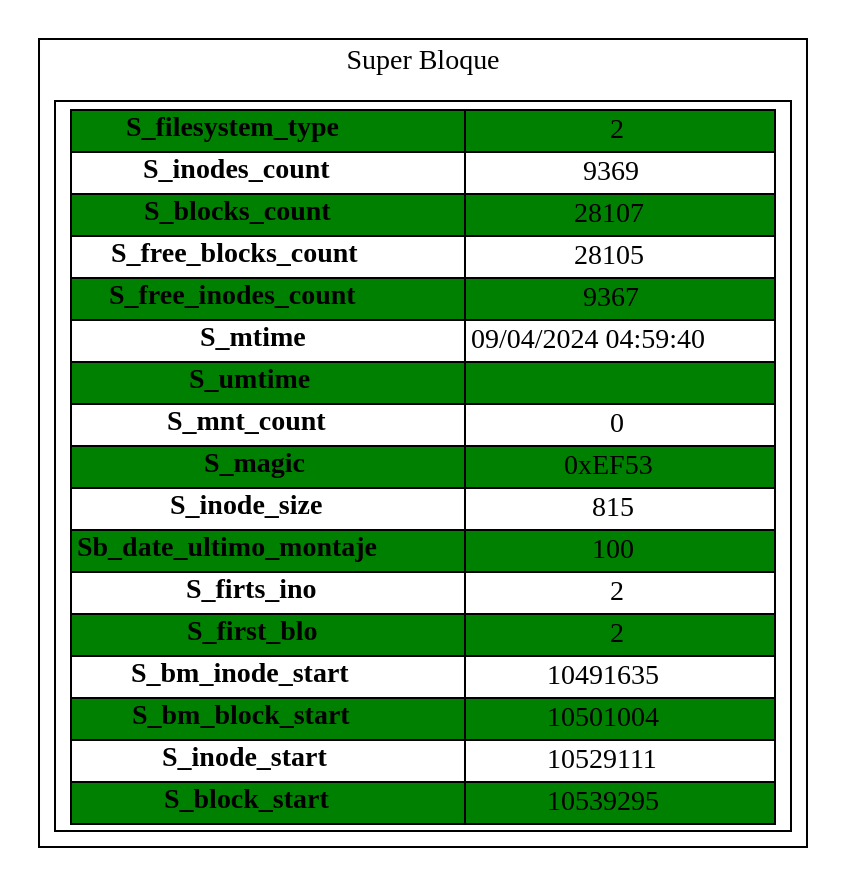
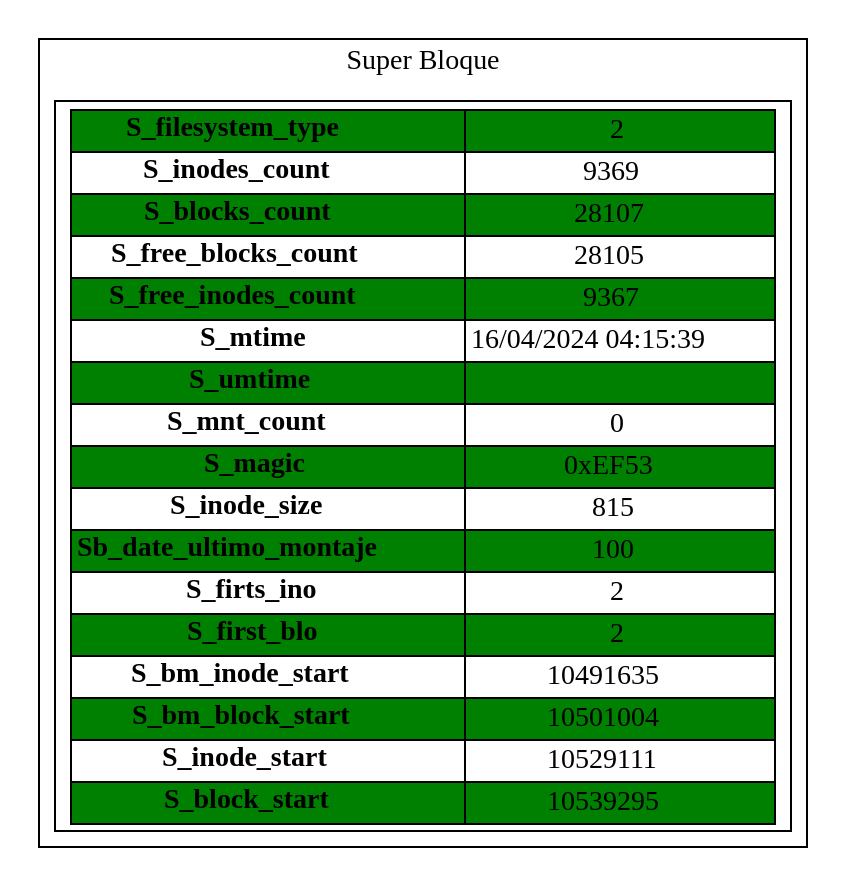
The diagram in Backend/Super.dot (NatalyDuarte/MIA_P2_202001570), drawn with Graphviz before and after one commit. The commit also changed 39 other files, not shown here.

```diff
--- a/Backend/Super.dot
+++ b/Backend/Super.dot
@@ -1,24 +1,24 @@
 digraph G{
 subgraph cluster{
 label="Super Bloque"
 tbl[shape=box,label=<
 <table border='0' cellborder='1' cellspacing='0' width='300'  height='200' >
 <tr> <td bgcolor="green"><b>S_filesystem_type </b></td><td bgcolor="green">2</td> </tr>*<tr><td><b>S_inodes_count </b></td><td>9369</td> </tr>
 <tr><td bgcolor="green"><b>S_blocks_count </b></td><td bgcolor="green">28107</td> </tr>
 <tr><td><b>S_free_blocks_count</b></td><td>28105</td> </tr>
 <tr><td bgcolor="green"><b>S_free_inodes_count</b></td><td bgcolor="green">9367</td> </tr>
-<tr><td><b>S_mtime</b></td><td>09/04/2024 04:59:40</td> </tr>
+<tr><td><b>S_mtime</b></td><td>16/04/2024 04:15:39</td> </tr>
 <tr><td bgcolor="green"><b>S_umtime</b></td><td bgcolor="green"></td> </tr>
 <tr><td><b>S_mnt_count</b></td><td>0</td> </tr>
 <tr><td bgcolor="green"><b>S_magic</b></td><td bgcolor="green">0xEF53</td> </tr>
 <tr><td><b>S_inode_size</b></td><td>815</td> </tr>
 <tr><td bgcolor="green"><b>Sb_date_ultimo_montaje</b></td><td bgcolor="green">100</td> </tr>
 <tr><td><b>S_firts_ino</b></td><td>2</td> </tr>
 <tr><td bgcolor="green"><b>S_first_blo</b></td><td bgcolor="green">2</td> </tr>
 <tr><td><b>S_bm_inode_start</b></td><td>10491635</td> </tr>
 <tr><td bgcolor="green"><b>S_bm_block_start</b></td><td bgcolor="green">10501004</td> </tr>
 <tr><td><b>S_inode_start</b></td><td>10529111</td> </tr>
 <tr><td bgcolor="green"><b>S_block_start</b></td><td bgcolor="green">10539295</td> </tr>
 </table>
 >];
 }}
```
